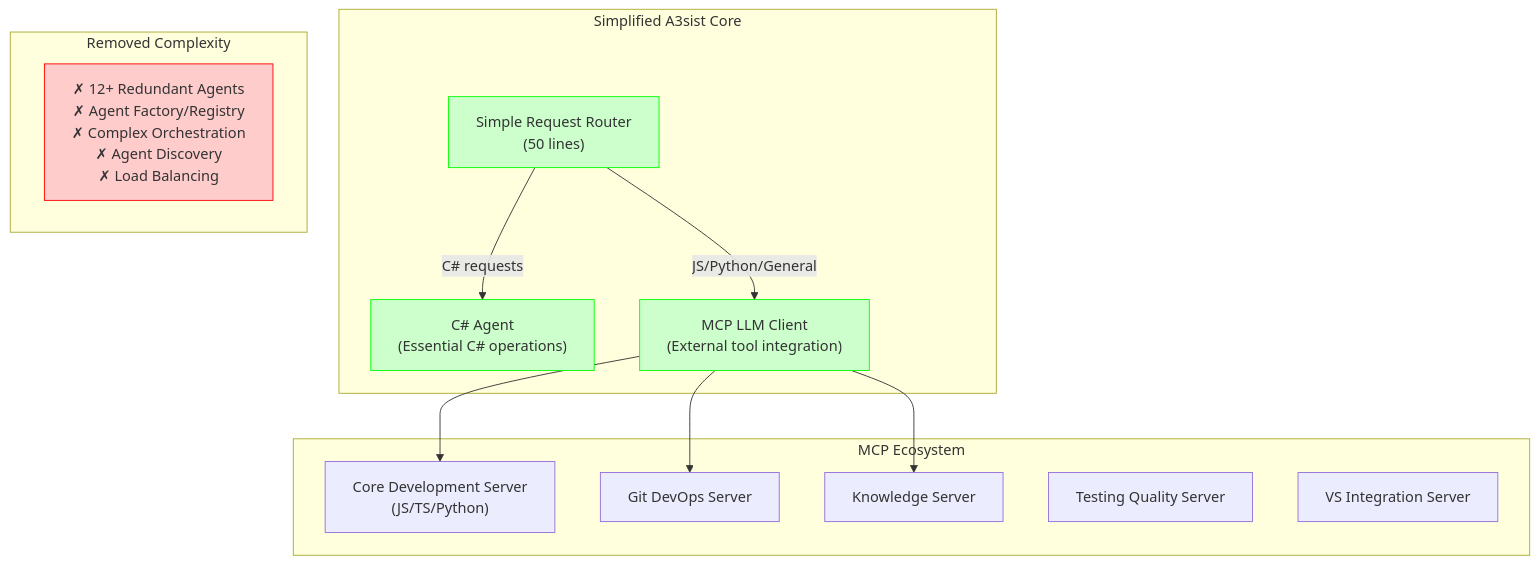
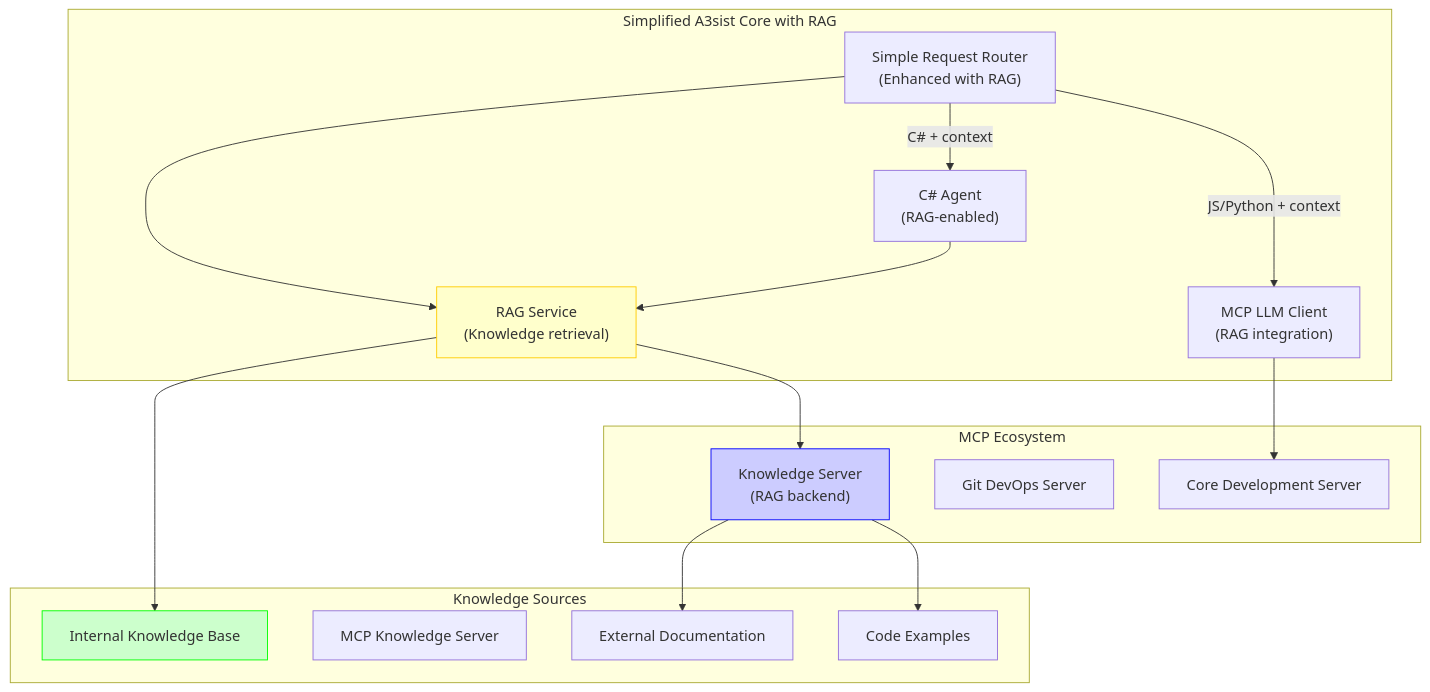
One commit to ShadmanAbir/A3sist changed the second of 7 diagrams in .qoder/quests/wpf-ui-integration-1756224300.md. Above: the diagram before and after it, drawn with Mermaid. The commit also changed other lines of this file and 57 other files, not shown here.

````diff
--- a/.qoder/quests/wpf-ui-integration-1756224300.md
+++ b/.qoder/quests/wpf-ui-integration-1756224300.md
@@ -160,31 +160,37 @@
 ```mermaid
 graph TD
-    subgraph "Simplified A3sist Core"
-        Router["Simple Request Router<br/>(50 lines)"]
-        CSAgent["C# Agent<br/>(Essential C# operations)"]
-        MCPClient["MCP LLM Client<br/>(External tool integration)"]
+    subgraph "Simplified A3sist Core with RAG"
+        Router["Simple Request Router<br/>(Enhanced with RAG)"]
+        CSAgent["C# Agent<br/>(RAG-enabled)"]
+        MCPClient["MCP LLM Client<br/>(RAG integration)"]
+        RAGService["RAG Service<br/>(Knowledge retrieval)"]
     end
     
-    subgraph "Removed Complexity"
-        RemovedAgents["✗ 12+ Redundant Agents<br/>✗ Agent Factory/Registry<br/>✗ Complex Orchestration<br/>✗ Agent Discovery<br/>✗ Load Balancing"]
+    subgraph "Knowledge Sources"
+        KnowledgeBase["Internal Knowledge Base"]
+        MCPKnowledge["MCP Knowledge Server"]
+        Documentation["External Documentation"]
+        CodeExamples["Code Examples"]
     end
     
     subgraph "MCP Ecosystem"
-        MCPCore["Core Development Server<br/>(JS/TS/Python)"]
+        MCPCore["Core Development Server"]
         MCPGit["Git DevOps Server"]
-        MCPKnowledge["Knowledge Server"]
-        MCPTesting["Testing Quality Server"]
-        MCPIntegration["VS Integration Server"]
+        MCPKnowledgeServer["Knowledge Server<br/>(RAG backend)"]
     end
     
-    Router -->|C# requests| CSAgent
-    Router -->|JS/Python/General| MCPClient
+    Router --> RAGService
+    RAGService --> KnowledgeBase
+    RAGService --> MCPKnowledgeServer
+    MCPKnowledgeServer --> Documentation
+    MCPKnowledgeServer --> CodeExamples
+    
+    Router -->|C# + context| CSAgent
+    Router -->|JS/Python + context| MCPClient
+    CSAgent --> RAGService
     MCPClient --> MCPCore
-    MCPClient --> MCPGit
-    MCPClient --> MCPKnowledge
     
-    style RemovedAgents fill:#ffcccc,stroke:#ff0000
-    style Router fill:#ccffcc,stroke:#00ff00
-    style CSAgent fill:#ccffcc,stroke:#00ff00
-    style MCPClient fill:#ccffcc,stroke:#00ff00
+    style RAGService fill:#ffffcc,stroke:#ffcc00
+    style KnowledgeBase fill:#ccffcc,stroke:#00ff00
+    style MCPKnowledgeServer fill:#ccccff,stroke:#0000ff
 ```
````
